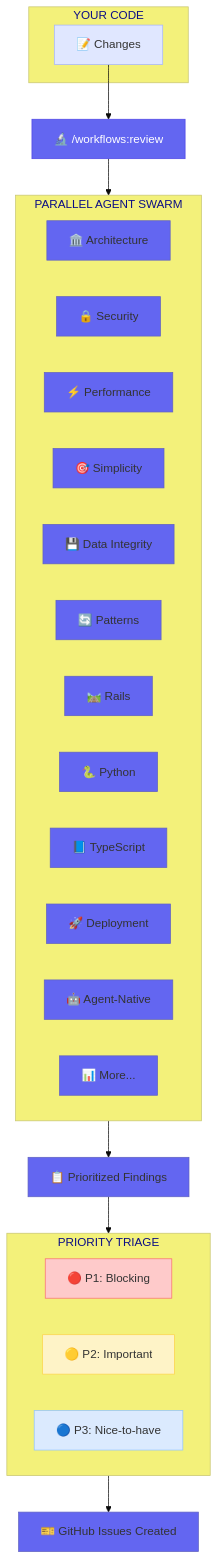
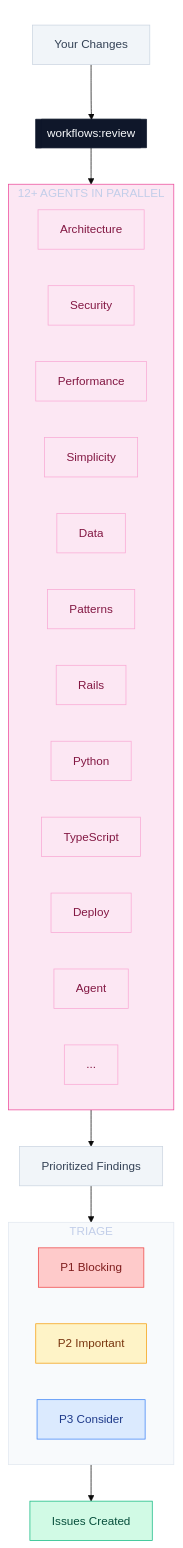
One commit to whitedoeinn/dev-plugins-workflow changed the fourth of 7 diagrams in docs/workflows/feature-workflow-diagram.md. Above: the diagram before and after it, drawn with Mermaid. The commit also changed other lines of this file, not shown here.

First line of the commit message:
style: Refine Mermaid diagrams with cohesive design system

````diff
--- a/docs/workflows/feature-workflow-diagram.md
+++ b/docs/workflows/feature-workflow-diagram.md
@@ -150,44 +166,61 @@
 ```mermaid
-%%{init: {'theme': 'base', 'themeVariables': { 'primaryColor': '#6366f1'}}}%%
+%%{init: {'theme': 'base', 'themeVariables': { 'primaryColor': '#0f172a', 'fontFamily': 'ui-monospace, monospace'}}}%%
 flowchart TB
-    subgraph code ["YOUR CODE"]
-        changes["📝 Changes"]
+    subgraph code [" "]
+        changes["Your Changes"]
     end
 
-    changes --> review["🔬 /workflows:review"]
+    changes --> review[["workflows:review"]]
 
-    subgraph agents ["PARALLEL AGENT SWARM"]
+    subgraph agents ["  12+ AGENTS IN PARALLEL  "]
         direction LR
-        a1["🏛️ Architecture"]
-        a2["🔒 Security"]
-        a3["⚡ Performance"]
-        a4["🎯 Simplicity"]
-        a5["💾 Data Integrity"]
-        a6["🔄 Patterns"]
-        a7["🛤️ Rails"]
-        a8["🐍 Python"]
-        a9["📘 TypeScript"]
-        a10["🚀 Deployment"]
-        a11["🤖 Agent-Native"]
-        a12["📊 More..."]
+        a1["Architecture"]
+        a2["Security"]
+        a3["Performance"]
+        a4["Simplicity"]
+        a5["Data"]
+        a6["Patterns"]
+        a7["Rails"]
+        a8["Python"]
+        a9["TypeScript"]
+        a10["Deploy"]
+        a11["Agent"]
+        a12["..."]
     end
 
     review --> agents
 
-    agents --> findings["📋 Prioritized Findings"]
+    agents --> findings["Prioritized Findings"]
 
-    subgraph priority ["PRIORITY TRIAGE"]
-        p1["🔴 P1: Blocking"]
-        p2["🟡 P2: Important"]
-        p3["🔵 P3: Nice-to-have"]
+    subgraph priority ["  TRIAGE  "]
+        p1["P1 Blocking"]
+        p2["P2 Important"]
+        p3["P3 Consider"]
     end
 
     findings --> priority
-    priority --> issues["🎫 GitHub Issues Created"]
+    priority --> issues["Issues Created"]
 
-    style changes fill:#e0e7ff,stroke:#a5b4fc
-    style review fill:#6366f1,stroke:#4f46e5,color:#fff
-    style p1 fill:#fecaca,stroke:#f87171
-    style p2 fill:#fef3c7,stroke:#fcd34d
-    style p3 fill:#dbeafe,stroke:#93c5fd
+    style code fill:none,stroke:none
+    style changes fill:#f1f5f9,stroke:#cbd5e1,color:#334155
+    style review fill:#0f172a,stroke:#0f172a,color:#f8fafc
+    style agents fill:#fce7f3,stroke:#ec4899
+    style a1 fill:#fce7f3,stroke:#f9a8d4,color:#831843
+    style a2 fill:#fce7f3,stroke:#f9a8d4,color:#831843
+    style a3 fill:#fce7f3,stroke:#f9a8d4,color:#831843
+    style a4 fill:#fce7f3,stroke:#f9a8d4,color:#831843
+    style a5 fill:#fce7f3,stroke:#f9a8d4,color:#831843
+    style a6 fill:#fce7f3,stroke:#f9a8d4,color:#831843
+    style a7 fill:#fce7f3,stroke:#f9a8d4,color:#831843
+    style a8 fill:#fce7f3,stroke:#f9a8d4,color:#831843
+    style a9 fill:#fce7f3,stroke:#f9a8d4,color:#831843
+    style a10 fill:#fce7f3,stroke:#f9a8d4,color:#831843
+    style a11 fill:#fce7f3,stroke:#f9a8d4,color:#831843
+    style a12 fill:#fce7f3,stroke:#f9a8d4,color:#831843
+    style findings fill:#f1f5f9,stroke:#cbd5e1,color:#334155
+    style priority fill:#f8fafc,stroke:#e2e8f0
+    style p1 fill:#fecaca,stroke:#ef4444,color:#7f1d1d
+    style p2 fill:#fef3c7,stroke:#f59e0b,color:#78350f
+    style p3 fill:#dbeafe,stroke:#3b82f6,color:#1e3a8a
+    style issues fill:#d1fae5,stroke:#10b981,color:#064e3b
 ```
````
